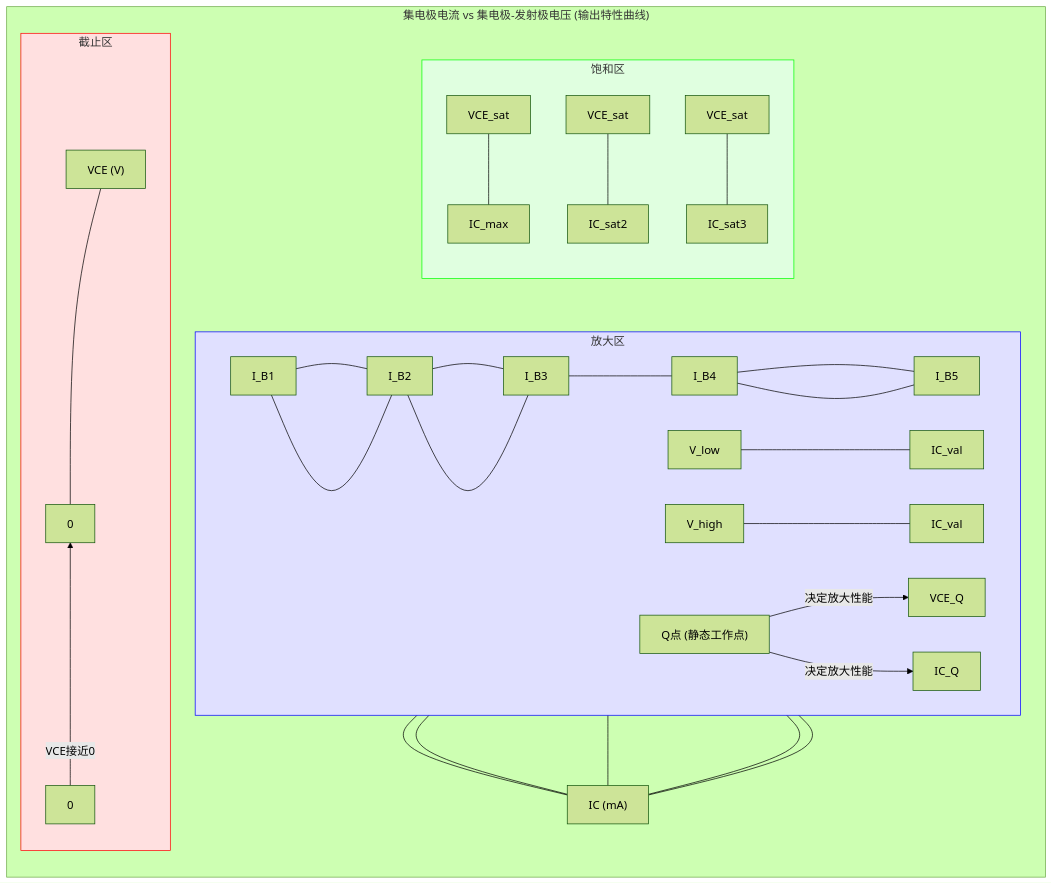
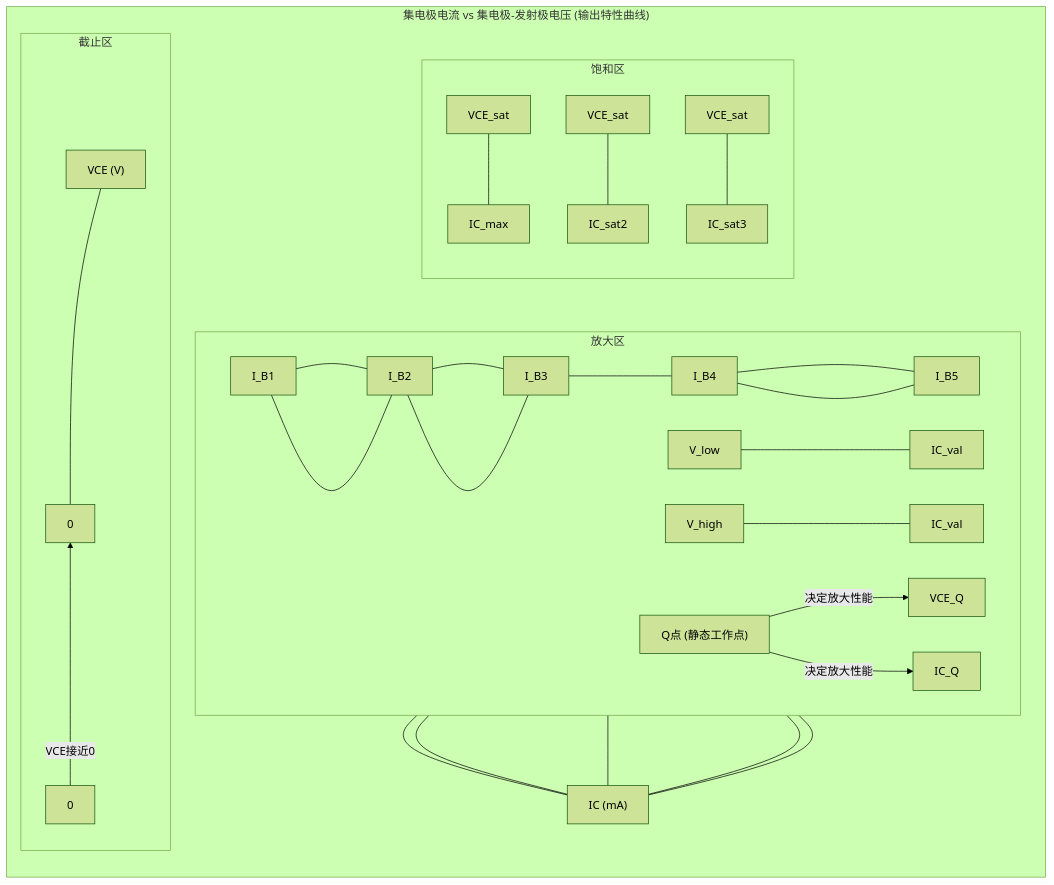
One commit to teatang/t-blog changed the third of 9 diagrams in source/_posts/2024/2024-05-10_模拟电子电路详解.md. Above: the diagram before and after it, drawn with Mermaid (forest theme). The commit also changed other lines of this file and 24 other files, not shown here.

```diff
--- a/source/_posts/2024/2024-05-10_模拟电子电路详解.md
+++ b/source/_posts/2024/2024-05-10_模拟电子电路详解.md
@@ -153,54 +150,50 @@
 {% mermaid %}
 graph LR
     subgraph "集电极电流 vs 集电极-发射极电压 (输出特性曲线)"
         direction BT
         VCEL["IC (mA)"]
         VCER["VCE (V)"]
 
         curve1["I_B1"] --- curve2["I_B2"] --- curve3["I_B3"]
         curve4["I_B4"] --- curve5["I_B5"]
 
         subgraph 截止区
             VCE0[0] -- "VCE接近0" --> IC0[0]
             IC0 --- VCER
         end
 
         subgraph 饱和区
             point_sat1[VCE_sat] --- IC_sat1[IC_max]
             point_sat2[VCE_sat] --- IC_sat2
             point_sat3[VCE_sat] --- IC_sat3
         end
 
         subgraph 放大区
             direction LR
             VCE_active1[V_low] --- IC_active1[IC_val]
             VCE_active2[V_high] --- IC_active2[IC_val]
 
             curve1 --- curve2 --- curve3 --- curve4 --- curve5
 
             point_Q["Q点 (静态工作点)"]
             point_Q -- "决定放大性能" --> VCE_Q[VCE_Q]
             point_Q -- "决定放大性能" --> IC_Q[IC_Q]
         end
 
         VCEL --- curve1
         VCEL --- curve2
         VCEL --- curve3
         VCEL --- curve4
         VCEL --- curve5
 
         curve1 ~~~ VCER
         curve2 ~~~ VCER
         curve3 ~~~ VCER
         curve4 ~~~ VCER
         curve5 ~~~ VCER
 
-        classDef cutoff_region fill:#ffe0e0,stroke:#f00,stroke-width:1px;
-        classDef saturation_region fill:#e0ffe0,stroke:#0f0,stroke-width:1px;
-        classDef active_region fill:#e0e0ff,stroke:#00f,stroke-width:1px;
-
         class 截止区 cutoff_region
         class 饱和区 saturation_region
         class 放大区 active_region
     end
 {% endmermaid %}
```
